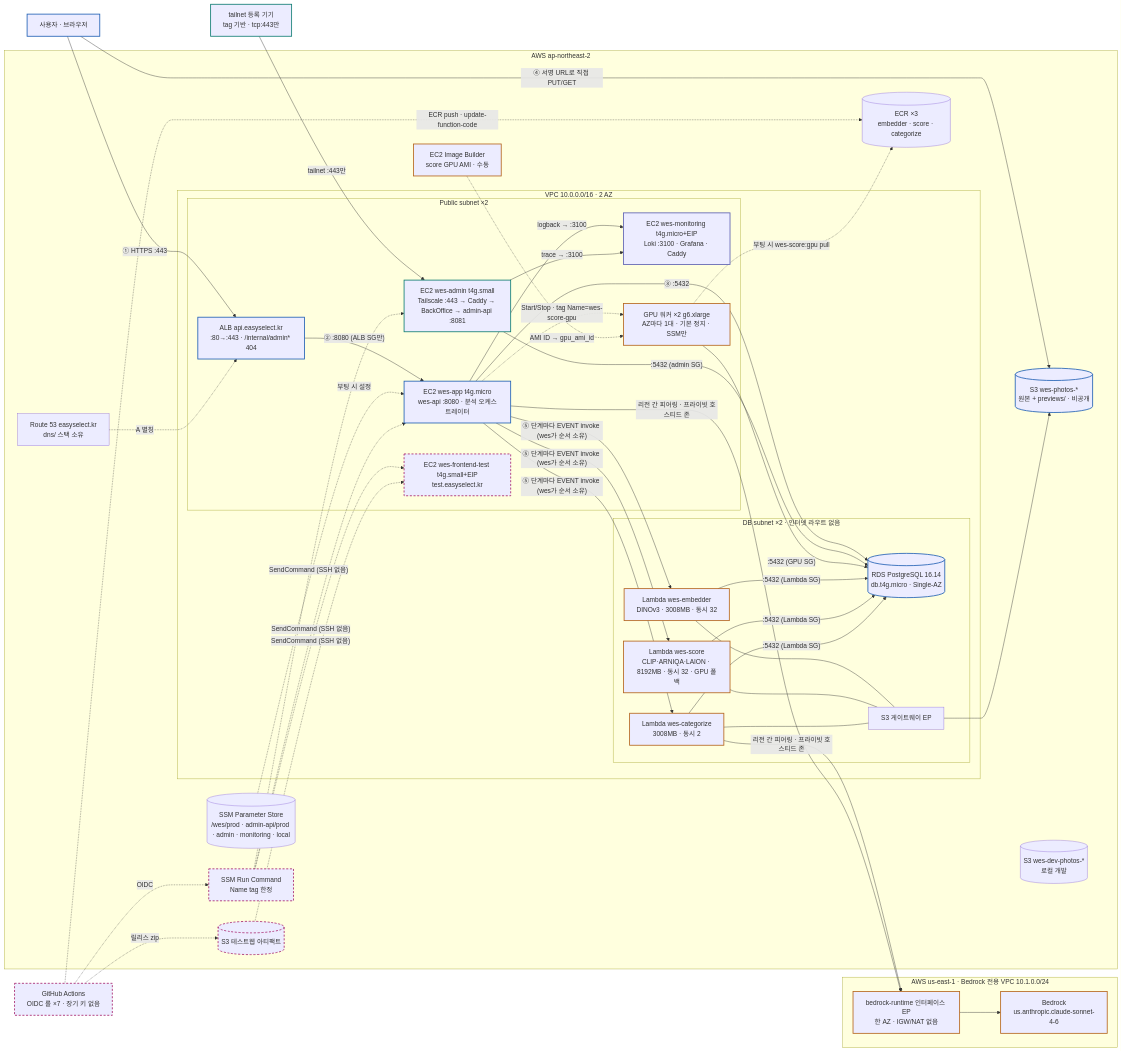
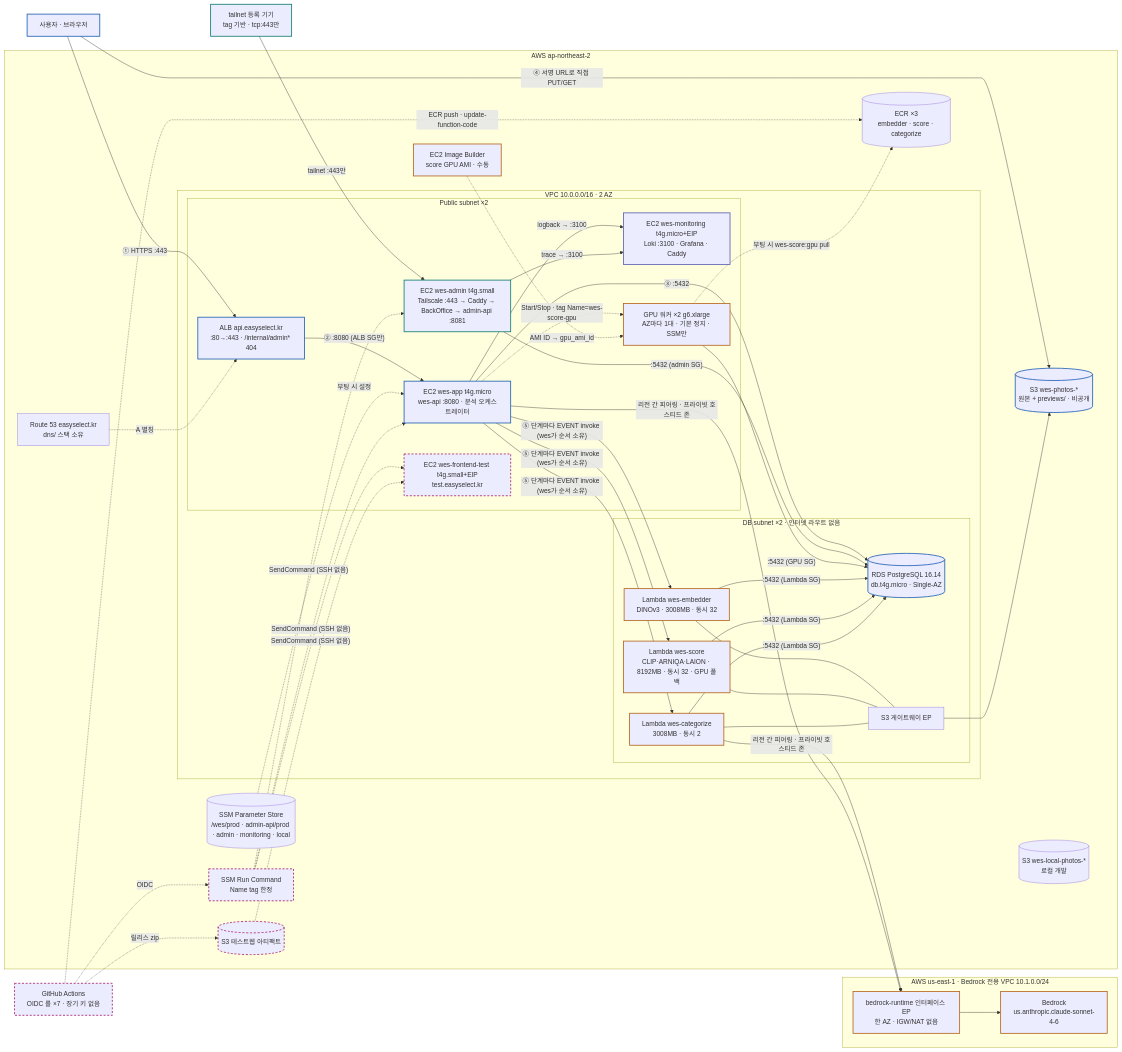
One commit to organic-agent/organic-agent-infra changed the diagram in docs/architecture/wes-infrastructure-architecture.md. Above: the diagram before and after it, drawn with Mermaid. The commit also changed 8 other files, not shown here.

First line of the commit message:
chore: 로컬 개발 버킷 이름을 wes-local-photos로 변경(#75)

````diff
--- a/docs/architecture/wes-infrastructure-architecture.md
+++ b/docs/architecture/wes-infrastructure-architecture.md
@@ -7,65 +7,65 @@
 ```mermaid
 flowchart LR
   classDef pub stroke:#1F5FB4,stroke-width:2px
   classDef adm stroke:#0E7C72,stroke-width:2px
   classDef ai stroke:#B5651D,stroke-width:2px
   classDef dep stroke:#A6216B,stroke-width:2px,stroke-dasharray:5 4
   classDef mon stroke:#5B5FB0,stroke-width:2px
 
   user[사용자 · 브라우저]:::pub
   tail[tailnet 등록 기기<br/>tag 기반 · tcp:443만]:::adm
   gh[GitHub Actions<br/>OIDC 롤 ×7 · 장기 키 없음]:::dep
 
   subgraph aws[AWS ap-northeast-2]
     r53[Route 53 easyselect.kr<br/>dns/ 스택 소유]
     ssm[(SSM Parameter Store<br/>/wes/prod · admin-api/prod · admin · monitoring · local)]
     ecr[(ECR ×3<br/>embedder · score · categorize)]
     s3[(S3 wes-photos-*<br/>원본 + previews/ · 비공개)]:::pub
-    s3dev[(S3 wes-dev-photos-*<br/>로컬 개발)]
+    s3dev[(S3 wes-local-photos-*<br/>로컬 개발)]
     s3fe[(S3 테스트웹 아티팩트)]:::dep
     ib[EC2 Image Builder<br/>score GPU AMI · 수동]:::ai
     runcmd[SSM Run Command<br/>Name tag 한정]:::dep
 
     subgraph vpc[VPC 10.0.0.0/16 · 2 AZ]
       subgraph pubnet[Public subnet ×2]
         alb[ALB api.easyselect.kr<br/>:80→:443 · /internal/admin* 404]:::pub
         app[EC2 wes-app t4g.micro<br/>wes-api :8080 · 분석 오케스트레이터]:::pub
         admin[EC2 wes-admin t4g.small<br/>Tailscale :443 → Caddy → BackOffice → admin-api :8081]:::adm
         monsrv[EC2 wes-monitoring t4g.micro+EIP<br/>Loki :3100 · Grafana · Caddy]:::mon
         fe[EC2 wes-frontend-test t4g.small+EIP<br/>test.easyselect.kr]:::dep
         gpu[GPU 워커 ×2 g6.xlarge<br/>AZ마다 1대 · 기본 정지 · SSM만]:::ai
       end
       subgraph dbnet[DB subnet ×2 · 인터넷 라우트 없음]
         rds[(RDS PostgreSQL 16.14<br/>db.t4g.micro · Single-AZ)]:::pub
         emb[Lambda wes-embedder<br/>DINOv3 · 3008MB · 동시 32]:::ai
         score[Lambda wes-score<br/>CLIP·ARNIQA·LAION · 8192MB · 동시 32 · GPU 폴백]:::ai
         cat[Lambda wes-categorize<br/>3008MB · 동시 2]:::ai
         s3ep[S3 게이트웨이 EP]
       end
     end
   end
 
   subgraph use1[AWS us-east-1 · Bedrock 전용 VPC 10.1.0.0/24]
     brep[bedrock-runtime 인터페이스 EP<br/>한 AZ · IGW/NAT 없음]:::ai
     bedrock[Bedrock<br/>us.anthropic.claude-sonnet-4-6]:::ai
   end
 
   user -- "① HTTPS :443" --> alb -- "② :8080 (ALB SG만)" --> app -- "③ :5432" --> rds
   user -- "④ 서명 URL로 직접 PUT/GET" --> s3
   r53 -. A 별칭 .-> alb
   ssm -. 부팅 시 설정 .-> app
   tail -- "tailnet :443만" --> admin -- ":5432 (admin SG)" --> rds
   app -- "logback → :3100" --> monsrv
   admin -- "trace → :3100" --> monsrv
   app -- "⑤ 단계마다 EVENT invoke (wes가 순서 소유)" --> emb & score & cat
   app -. "Start/Stop · tag Name=wes-score-gpu" .-> gpu
   gpu -- ":5432 (GPU SG)" --> rds
   gpu -. "부팅 시 wes-score:gpu pull" .-> ecr
   emb & score & cat -- ":5432 (Lambda SG)" --> rds
   emb & score & cat --- s3ep --> s3
   cat & app -- "리전 간 피어링 · 프라이빗 호스티드 존" --> brep --> bedrock
   ib -. "AMI ID → gpu_ami_id" .-> gpu
   gh -. OIDC .-> runcmd -. "SendCommand (SSH 없음)" .-> app & admin & fe
   gh -. "ECR push · update-function-code" .-> ecr
   gh -. "릴리스 zip" .-> s3fe -.-> fe
 ```
````
